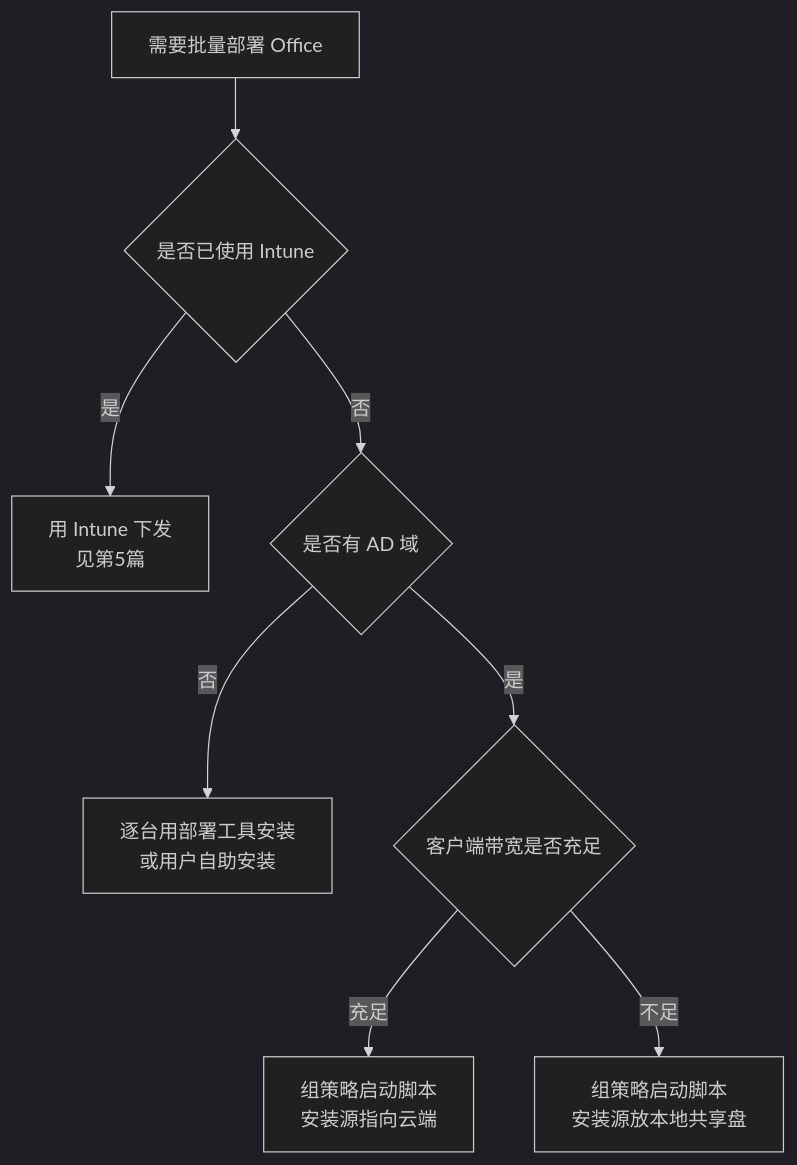
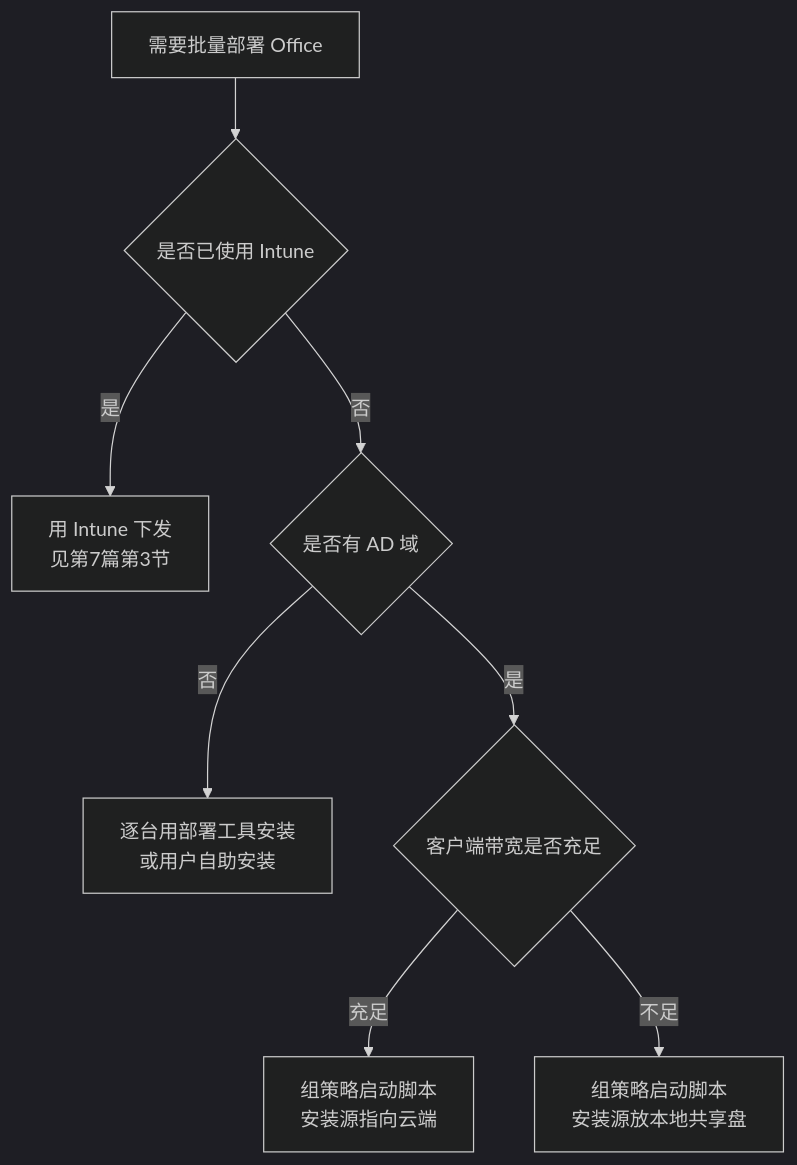
One commit to zerioo1970/summary changed the second of 2 diagrams in Microsoft-365企业导入实施方案/04-终端与协作-Office-Teams-文件/03-Office安装部署与激活.md. Above: the diagram before and after it, drawn with Mermaid (dark theme). The commit also changed other lines of this file and 26 other files, not shown here.

````diff
--- a/Microsoft-365企业导入实施方案/04-终端与协作-Office-Teams-文件/03-Office安装部署与激活.md
+++ b/Microsoft-365企业导入实施方案/04-终端与协作-Office-Teams-文件/03-Office安装部署与激活.md
@@ -220,10 +220,10 @@
 ```mermaid
 graph TD
     A[需要批量部署 Office] --> B{是否已使用 Intune}
-    B -->|是| C[用 Intune 下发<br/>见第5篇]
+    B -->|是| C[用 Intune 下发<br/>见第7篇第3节]
     B -->|否| D{是否有 AD 域}
     D -->|否| E[逐台用部署工具安装<br/>或用户自助安装]
     D -->|是| F{客户端带宽是否充足}
     F -->|充足| G[组策略启动脚本<br/>安装源指向云端]
     F -->|不足| H[组策略启动脚本<br/>安装源放本地共享盘]
 ```
````
